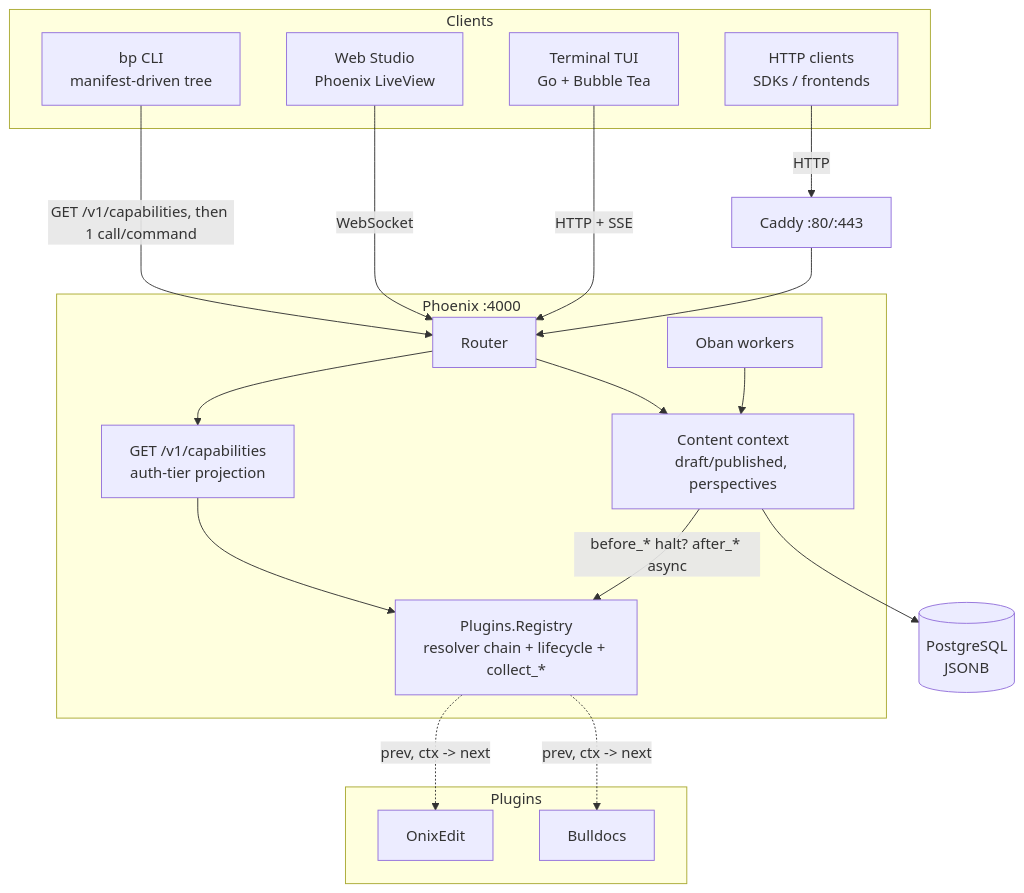
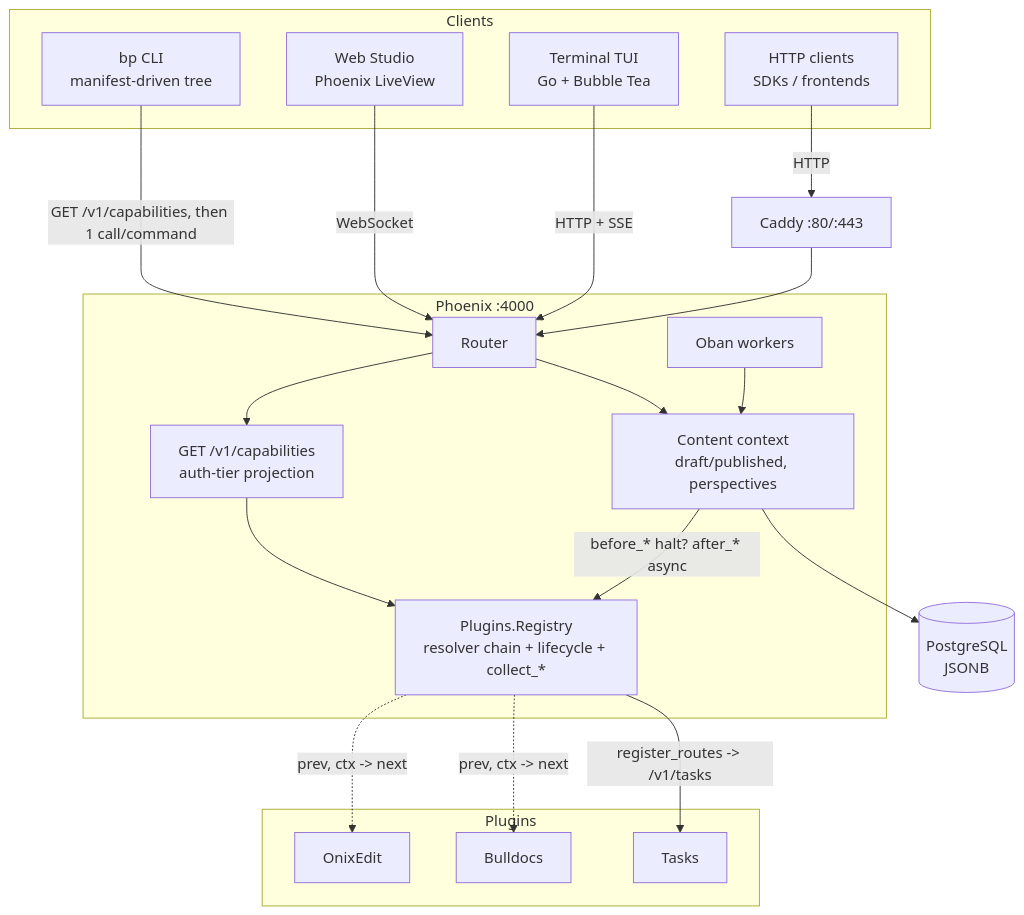
One commit to FRIKKern/barkpark changed the second of 2 diagrams in README.md. Above: the diagram before and after it, drawn with Mermaid. The commit also changed 1 other file, not shown here.

Commit message:
docs: add Tasks node to README architecture diagram; fix dead portable-doc link
- README mermaid: add the Tasks plugin node + its register_routes→/v1/tasks
  edge (the prose already foregrounds Tasks; the diagram omitted it).
- AI-CLI-TASK-WORKFLOW.md: repoint two dead links
  (../../portable-doc/examples/welcome.json — never existed) to the real
  worked sample internal/pdrender/testdata/sample_m1.json + the authoritative
  block vocab in portable_doc/render.ex.

````diff
--- a/README.md
+++ b/README.md
@@ -361,39 +361,41 @@
 ```mermaid
 flowchart TB
   subgraph Clients
     CLI[bp CLI<br/>manifest-driven tree]
     Studio[Web Studio<br/>Phoenix LiveView]
     TUI[Terminal TUI<br/>Go + Bubble Tea]
     HTTP[HTTP clients<br/>SDKs / frontends]
   end
 
   subgraph Phoenix[Phoenix :4000]
     Router[Router]
     Caps[GET /v1/capabilities<br/>auth-tier projection]
     Content[Content context<br/>draft/published, perspectives]
     Registry[Plugins.Registry<br/>resolver chain + lifecycle + collect_*]
     Workers[Oban workers]
   end
 
   subgraph Plugins
     OnixEdit[OnixEdit]
     Bulldocs[Bulldocs]
+    Tasks[Tasks]
   end
 
   PG[(PostgreSQL<br/>JSONB)]
   Caddy[Caddy :80/:443]
 
   CLI -->|GET /v1/capabilities, then 1 call/command| Router
   Studio -->|WebSocket| Router
   TUI -->|HTTP + SSE| Router
   HTTP -->|HTTP| Caddy
   Caddy --> Router
   Router --> Caps
   Router --> Content
   Caps --> Registry
   Registry -.->|prev, ctx -> next| OnixEdit
   Registry -.->|prev, ctx -> next| Bulldocs
+  Registry -->|register_routes -> /v1/tasks| Tasks
   Content -->|before_* halt? after_* async| Registry
   Content --> PG
   Workers --> Content
 ```
````
